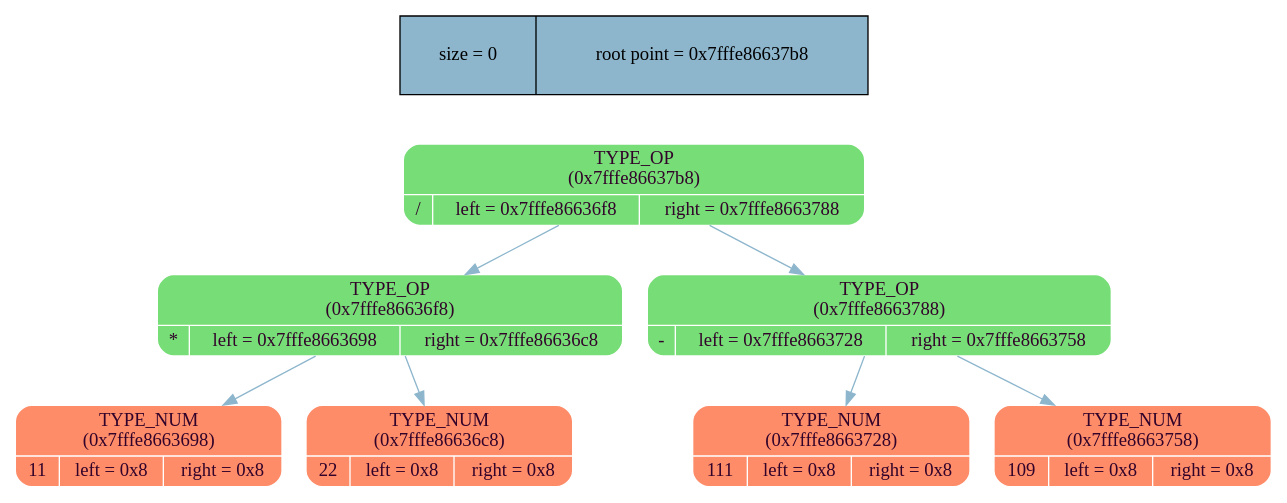
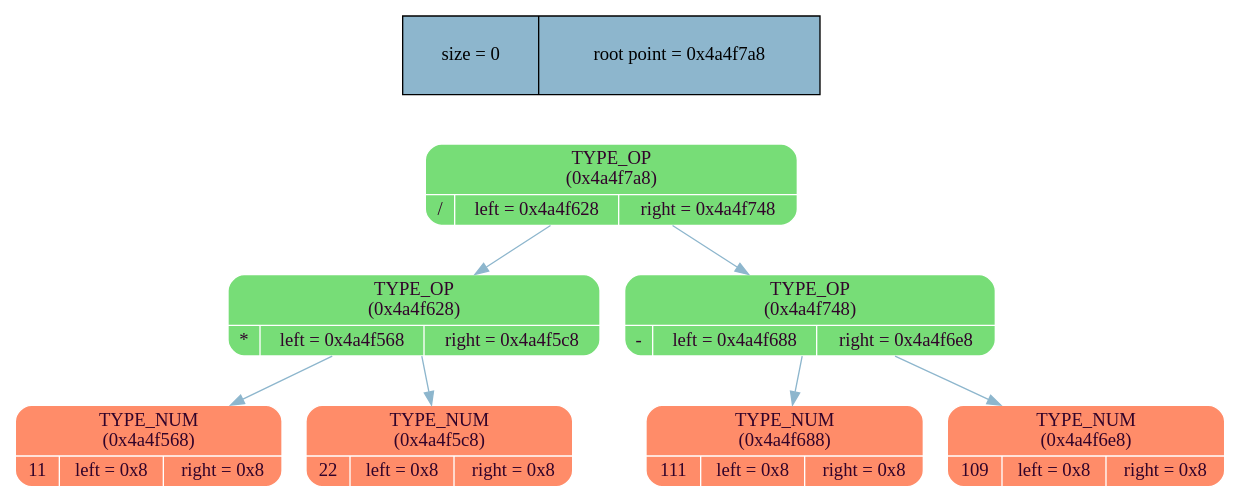
One commit to MaxGroshev/differentiator changed the diagram in tree/graph_lib/tree_dump.dot. Above: the diagram before and after it, drawn with Graphviz. The commit also changed 13 other files, not shown here.

```diff
--- a/tree/graph_lib/tree_dump.dot
+++ b/tree/graph_lib/tree_dump.dot
@@ -1,22 +1,22 @@
 digraph   
 {
 rankdir = ""
 splines = "true"
 
-node_stat [margin = "0.3*0.3", style = "filled", shape = "record", fillcolor = "#8DB6CD" label = " size = 0 | root point = 0x7fffe86637b8"]
+node_stat [margin = "0.3*0.3", style = "filled", shape = "record", fillcolor = "#8DB6CD" label = " size = 0 | root point = 0x4a4f7a8"]
 {rank = source; node_stat}
 
-node0x7fffe86637b8 [shape = "Mrecord", fillcolor = "#77DD77", style = "filled", fontcolor = "#31032A", fontname = "Calibri", color = "white", label = "{TYPE_OP\n (0x7fffe86637b8)| {/ |left = 0x7fffe86636f8 |right = 0x7fffe8663788}}"]
-node0x7fffe86637b8 -> node0x7fffe86636f8 [color = "#8DB6CD", style = "", constraint = true, fillcolor = "#8DB6CD",   fontcolor = "", fontname = "Calibri", label = ""];
-node0x7fffe86636f8 [shape = "Mrecord", fillcolor = "#77DD77", style = "filled", fontcolor = "#31032A", fontname = "Calibri", color = "white", label = "{TYPE_OP\n (0x7fffe86636f8)| {* |left = 0x7fffe8663698 |right = 0x7fffe86636c8}}"]
-node0x7fffe86636f8 -> node0x7fffe8663698 [color = "#8DB6CD", style = "", constraint = true, fillcolor = "#8DB6CD",   fontcolor = "", fontname = "Calibri", label = ""];
-node0x7fffe8663698 [shape = "Mrecord", fillcolor = "#FF8C69", style = "filled", fontcolor = "#31032A", fontname = "Calibri", color = "white", label = "{TYPE_NUM\n (0x7fffe8663698)| {11 |left = 0x8 |right = 0x8}}"]
-node0x7fffe86636f8 -> node0x7fffe86636c8 [color = "#8DB6CD", style = "", constraint = true, fillcolor = "#8DB6CD",   fontcolor = "", fontname = "Calibri", label = ""];
-node0x7fffe86636c8 [shape = "Mrecord", fillcolor = "#FF8C69", style = "filled", fontcolor = "#31032A", fontname = "Calibri", color = "white", label = "{TYPE_NUM\n (0x7fffe86636c8)| {22 |left = 0x8 |right = 0x8}}"]
-node0x7fffe86637b8 -> node0x7fffe8663788 [color = "#8DB6CD", style = "", constraint = true, fillcolor = "#8DB6CD",   fontcolor = "", fontname = "Calibri", label = ""];
-node0x7fffe8663788 [shape = "Mrecord", fillcolor = "#77DD77", style = "filled", fontcolor = "#31032A", fontname = "Calibri", color = "white", label = "{TYPE_OP\n (0x7fffe8663788)| {- |left = 0x7fffe8663728 |right = 0x7fffe8663758}}"]
-node0x7fffe8663788 -> node0x7fffe8663728 [color = "#8DB6CD", style = "", constraint = true, fillcolor = "#8DB6CD",   fontcolor = "", fontname = "Calibri", label = ""];
-node0x7fffe8663728 [shape = "Mrecord", fillcolor = "#FF8C69", style = "filled", fontcolor = "#31032A", fontname = "Calibri", color = "white", label = "{TYPE_NUM\n (0x7fffe8663728)| {111 |left = 0x8 |right = 0x8}}"]
-node0x7fffe8663788 -> node0x7fffe8663758 [color = "#8DB6CD", style = "", constraint = true, fillcolor = "#8DB6CD",   fontcolor = "", fontname = "Calibri", label = ""];
-node0x7fffe8663758 [shape = "Mrecord", fillcolor = "#FF8C69", style = "filled", fontcolor = "#31032A", fontname = "Calibri", color = "white", label = "{TYPE_NUM\n (0x7fffe8663758)| {109 |left = 0x8 |right = 0x8}}"]
+node0x4a4f7a8 [shape = "Mrecord", fillcolor = "#77DD77", style = "filled", fontcolor = "#31032A", fontname = "Calibri", color = "white", label = "{TYPE_OP\n (0x4a4f7a8)| {/ |left = 0x4a4f628 |right = 0x4a4f748}}"]
+node0x4a4f7a8 -> node0x4a4f628 [color = "#8DB6CD", style = "", constraint = true, fillcolor = "#8DB6CD",   fontcolor = "", fontname = "Calibri", label = ""];
+node0x4a4f628 [shape = "Mrecord", fillcolor = "#77DD77", style = "filled", fontcolor = "#31032A", fontname = "Calibri", color = "white", label = "{TYPE_OP\n (0x4a4f628)| {* |left = 0x4a4f568 |right = 0x4a4f5c8}}"]
+node0x4a4f628 -> node0x4a4f568 [color = "#8DB6CD", style = "", constraint = true, fillcolor = "#8DB6CD",   fontcolor = "", fontname = "Calibri", label = ""];
+node0x4a4f568 [shape = "Mrecord", fillcolor = "#FF8C69", style = "filled", fontcolor = "#31032A", fontname = "Calibri", color = "white", label = "{TYPE_NUM\n (0x4a4f568)| {11 |left = 0x8 |right = 0x8}}"]
+node0x4a4f628 -> node0x4a4f5c8 [color = "#8DB6CD", style = "", constraint = true, fillcolor = "#8DB6CD",   fontcolor = "", fontname = "Calibri", label = ""];
+node0x4a4f5c8 [shape = "Mrecord", fillcolor = "#FF8C69", style = "filled", fontcolor = "#31032A", fontname = "Calibri", color = "white", label = "{TYPE_NUM\n (0x4a4f5c8)| {22 |left = 0x8 |right = 0x8}}"]
+node0x4a4f7a8 -> node0x4a4f748 [color = "#8DB6CD", style = "", constraint = true, fillcolor = "#8DB6CD",   fontcolor = "", fontname = "Calibri", label = ""];
+node0x4a4f748 [shape = "Mrecord", fillcolor = "#77DD77", style = "filled", fontcolor = "#31032A", fontname = "Calibri", color = "white", label = "{TYPE_OP\n (0x4a4f748)| {- |left = 0x4a4f688 |right = 0x4a4f6e8}}"]
+node0x4a4f748 -> node0x4a4f688 [color = "#8DB6CD", style = "", constraint = true, fillcolor = "#8DB6CD",   fontcolor = "", fontname = "Calibri", label = ""];
+node0x4a4f688 [shape = "Mrecord", fillcolor = "#FF8C69", style = "filled", fontcolor = "#31032A", fontname = "Calibri", color = "white", label = "{TYPE_NUM\n (0x4a4f688)| {111 |left = 0x8 |right = 0x8}}"]
+node0x4a4f748 -> node0x4a4f6e8 [color = "#8DB6CD", style = "", constraint = true, fillcolor = "#8DB6CD",   fontcolor = "", fontname = "Calibri", label = ""];
+node0x4a4f6e8 [shape = "Mrecord", fillcolor = "#FF8C69", style = "filled", fontcolor = "#31032A", fontname = "Calibri", color = "white", label = "{TYPE_NUM\n (0x4a4f6e8)| {109 |left = 0x8 |right = 0x8}}"]
 }
```
